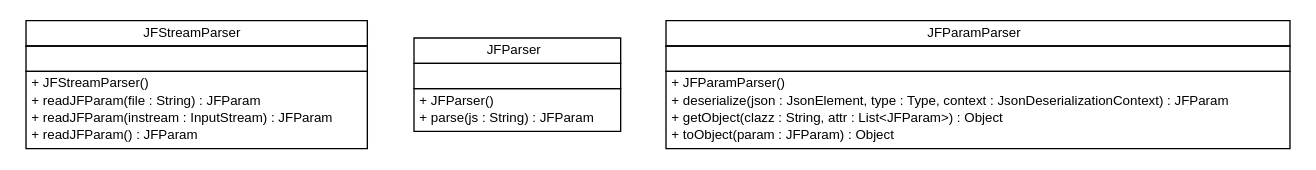
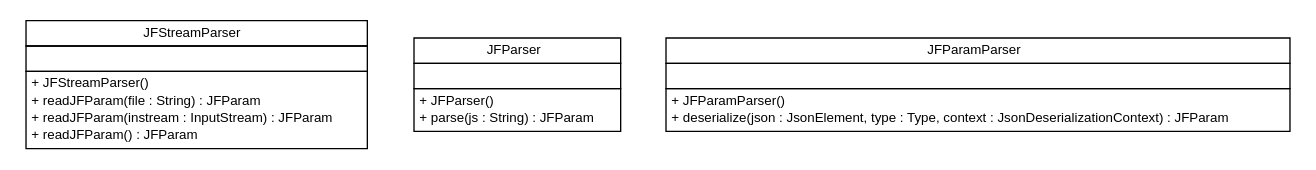
The diagram in docs/jf-serializer/apidocs/org/fringe/jf/json/internal/parser/org.fringe.jf.json.internal.parser.dot (jomarmar/jf-serializer), drawn with Graphviz before and after one commit. The commit also changed 129 other files, not shown here.

```diff
--- a/docs/jf-serializer/apidocs/org/fringe/jf/json/internal/parser/org.fringe.jf.json.internal.parser.dot
+++ b/docs/jf-serializer/apidocs/org/fringe/jf/json/internal/parser/org.fringe.jf.json.internal.parser.dot
@@ -1,55 +1,53 @@
 #!/usr/local/bin/dot
 #
 # Class diagram 
 # Generated by UMLGraph version R5_6 (http://www.umlgraph.org/)
 #
 
 digraph G {
 	edge [fontname="Helvetica",fontsize=10,labelfontname="Helvetica",labelfontsize=10];
 	node [fontname="Helvetica",fontsize=10,shape=plaintext];
 	nodesep=0.25;
 	ranksep=0.5;
 	// org.fringe.jf.json.internal.parser.JFStreamParser
-	c14 [label=<<table title="org.fringe.jf.json.internal.parser.JFStreamParser" border="0" cellborder="1" cellspacing="0" cellpadding="2" port="p" href="./JFStreamParser.html">
+	c16 [label=<<table title="org.fringe.jf.json.internal.parser.JFStreamParser" border="0" cellborder="1" cellspacing="0" cellpadding="2" port="p" href="./JFStreamParser.html">
 		<tr><td><table border="0" cellspacing="0" cellpadding="1">
 <tr><td align="center" balign="center"> JFStreamParser </td></tr>
 		</table></td></tr>
 		<tr><td><table border="0" cellspacing="0" cellpadding="1">
 <tr><td align="left" balign="left">  </td></tr>
 		</table></td></tr>
 		<tr><td><table border="0" cellspacing="0" cellpadding="1">
 <tr><td align="left" balign="left"> + JFStreamParser() </td></tr>
 <tr><td align="left" balign="left"> + readJFParam(file : String) : JFParam </td></tr>
 <tr><td align="left" balign="left"> + readJFParam(instream : InputStream) : JFParam </td></tr>
 <tr><td align="left" balign="left"> + readJFParam() : JFParam </td></tr>
 		</table></td></tr>
 		</table>>, URL="./JFStreamParser.html", fontname="Helvetica", fontcolor="black", fontsize=10.0];
 	// org.fringe.jf.json.internal.parser.JFParser
-	c15 [label=<<table title="org.fringe.jf.json.internal.parser.JFParser" border="0" cellborder="1" cellspacing="0" cellpadding="2" port="p" href="./JFParser.html">
+	c17 [label=<<table title="org.fringe.jf.json.internal.parser.JFParser" border="0" cellborder="1" cellspacing="0" cellpadding="2" port="p" href="./JFParser.html">
 		<tr><td><table border="0" cellspacing="0" cellpadding="1">
 <tr><td align="center" balign="center"> JFParser </td></tr>
 		</table></td></tr>
 		<tr><td><table border="0" cellspacing="0" cellpadding="1">
 <tr><td align="left" balign="left">  </td></tr>
 		</table></td></tr>
 		<tr><td><table border="0" cellspacing="0" cellpadding="1">
 <tr><td align="left" balign="left"> + JFParser() </td></tr>
 <tr><td align="left" balign="left"> + parse(js : String) : JFParam </td></tr>
 		</table></td></tr>
 		</table>>, URL="./JFParser.html", fontname="Helvetica", fontcolor="black", fontsize=10.0];
 	// org.fringe.jf.json.internal.parser.JFParamParser
-	c16 [label=<<table title="org.fringe.jf.json.internal.parser.JFParamParser" border="0" cellborder="1" cellspacing="0" cellpadding="2" port="p" href="./JFParamParser.html">
+	c18 [label=<<table title="org.fringe.jf.json.internal.parser.JFParamParser" border="0" cellborder="1" cellspacing="0" cellpadding="2" port="p" href="./JFParamParser.html">
 		<tr><td><table border="0" cellspacing="0" cellpadding="1">
 <tr><td align="center" balign="center"> JFParamParser </td></tr>
 		</table></td></tr>
 		<tr><td><table border="0" cellspacing="0" cellpadding="1">
 <tr><td align="left" balign="left">  </td></tr>
 		</table></td></tr>
 		<tr><td><table border="0" cellspacing="0" cellpadding="1">
 <tr><td align="left" balign="left"> + JFParamParser() </td></tr>
 <tr><td align="left" balign="left"> + deserialize(json : JsonElement, type : Type, context : JsonDeserializationContext) : JFParam </td></tr>
-<tr><td align="left" balign="left"> + getObject(clazz : String, attr : List&lt;JFParam&gt;) : Object </td></tr>
-<tr><td align="left" balign="left"> + toObject(param : JFParam) : Object </td></tr>
 		</table></td></tr>
 		</table>>, URL="./JFParamParser.html", fontname="Helvetica", fontcolor="black", fontsize=10.0];
 }
```
